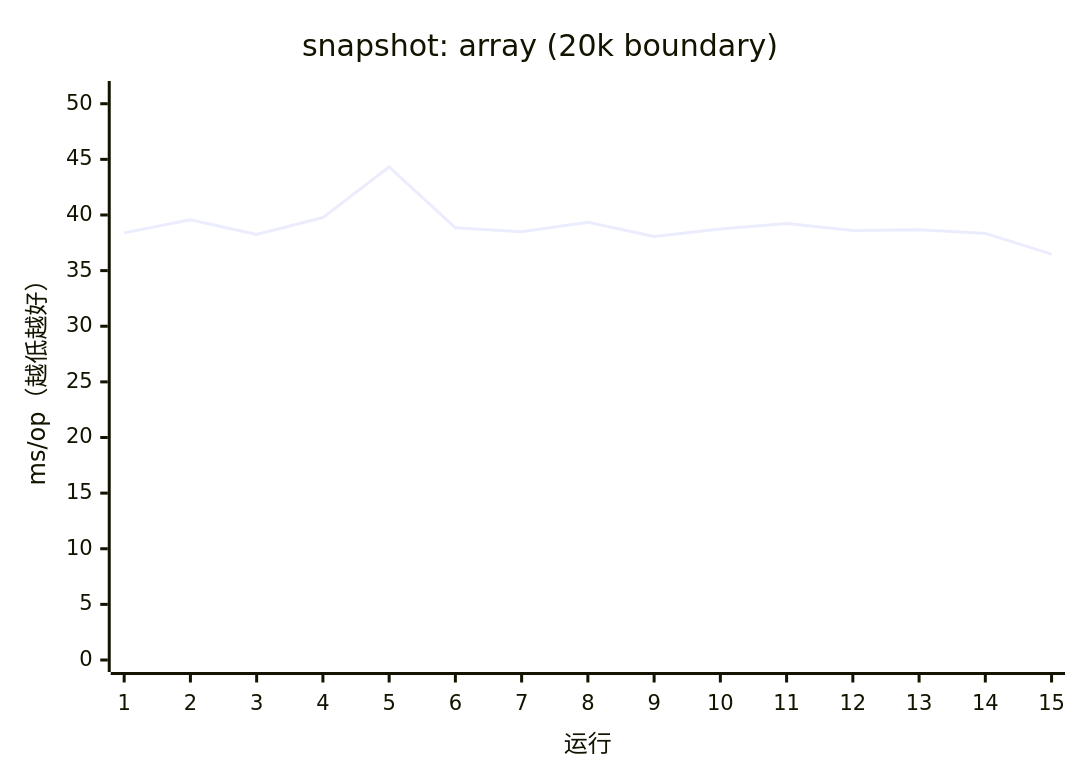
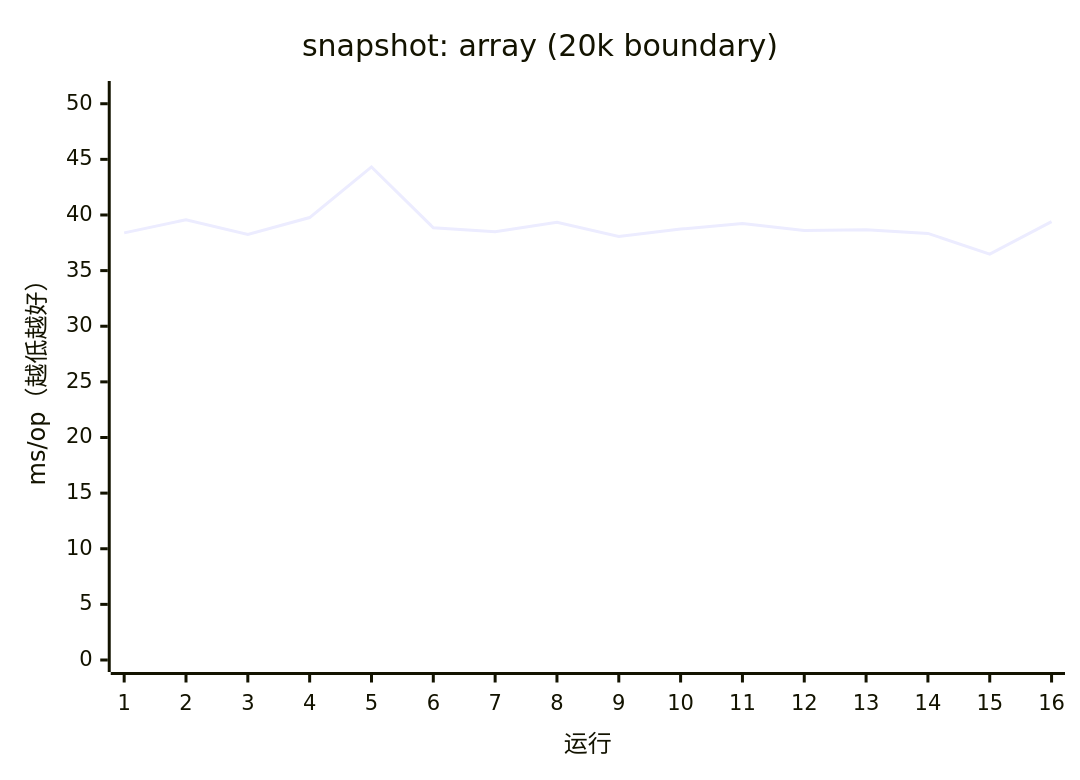
One commit to AIluffy/io changed the first of 17 diagrams in apps/docs/src/content/docs/guides/benchmark.mdx. Above: the diagram before and after it, drawn with Mermaid. The commit also changed other lines of this file and 25 other files, not shown here.

````diff
--- a/apps/docs/src/content/docs/guides/benchmark.mdx
+++ b/apps/docs/src/content/docs/guides/benchmark.mdx
@@ -181,7 +178,7 @@
 ```mermaid
 xychart-beta
   title "snapshot: array (20k boundary)"
-  x-axis "运行" [1, 2, 3, 4, 5, 6, 7, 8, 9, 10, 11, 12, 13, 14, 15]
+  x-axis "运行" [1, 2, 3, 4, 5, 6, 7, 8, 9, 10, 11, 12, 13, 14, 15, 16]
   y-axis "ms/op（越低越好）" 0 --> 50.9648
-  line [38.3919, 39.5763, 38.256, 39.7677, 44.3172, 38.8518, 38.4879, 39.3373, 38.0714, 38.7314, 39.2405, 38.6115, 38.6693, 38.3462, 36.4813]
+  line [38.3919, 39.5763, 38.256, 39.7677, 44.3172, 38.8518, 38.4879, 39.3373, 38.0714, 38.7314, 39.2405, 38.6115, 38.6693, 38.3462, 36.4813, 39.4055]
 ```
````
